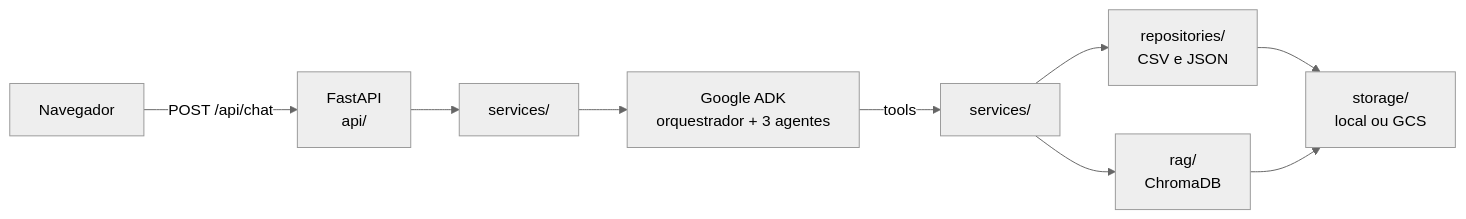
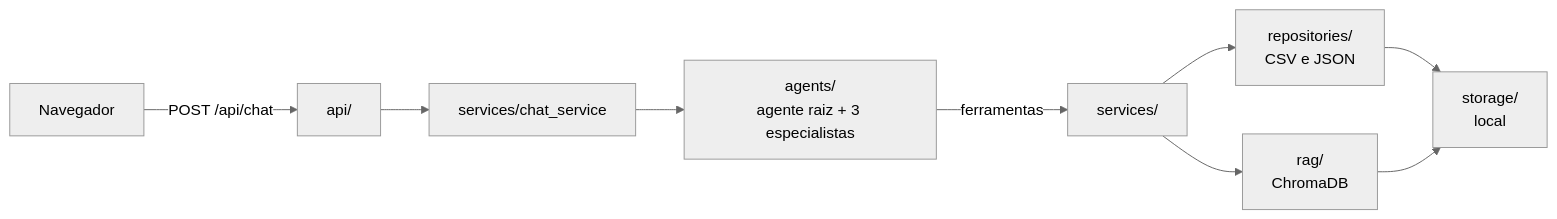
Before and after one commit to DaviidCarvallho/Sauter-sabor-da-terra: the diagram in README.md, drawn with Mermaid (neutral theme). The commit also changed other lines of this file, not shown here.

````diff
--- a/README.md
+++ b/README.md
@@ -33,11 +47,11 @@
 ```mermaid
 flowchart LR
-    U["Navegador"] -->|POST /api/chat| API["FastAPI<br/>api/"]
-    API --> SVC["services/"]
-    SVC --> ADK["Google ADK<br/>orquestrador + 3 agentes"]
-    ADK -->|tools| SVC2["services/"]
-    SVC2 --> REP["repositories/<br/>CSV e JSON"]
-    SVC2 --> RAG["rag/<br/>ChromaDB"]
-    REP --> STO["storage/<br/>local ou GCS"]
+    U["Navegador"] -->|POST /api/chat| API["api/"]
+    API --> CHAT["services/chat_service"]
+    CHAT --> ADK["agents/<br/>agente raiz + 3 especialistas"]
+    ADK -->|ferramentas| SVC["services/"]
+    SVC --> REP["repositories/<br/>CSV e JSON"]
+    SVC --> RAG["rag/<br/>ChromaDB"]
+    REP --> STO["storage/<br/>local"]
     RAG --> STO
 ```
````
